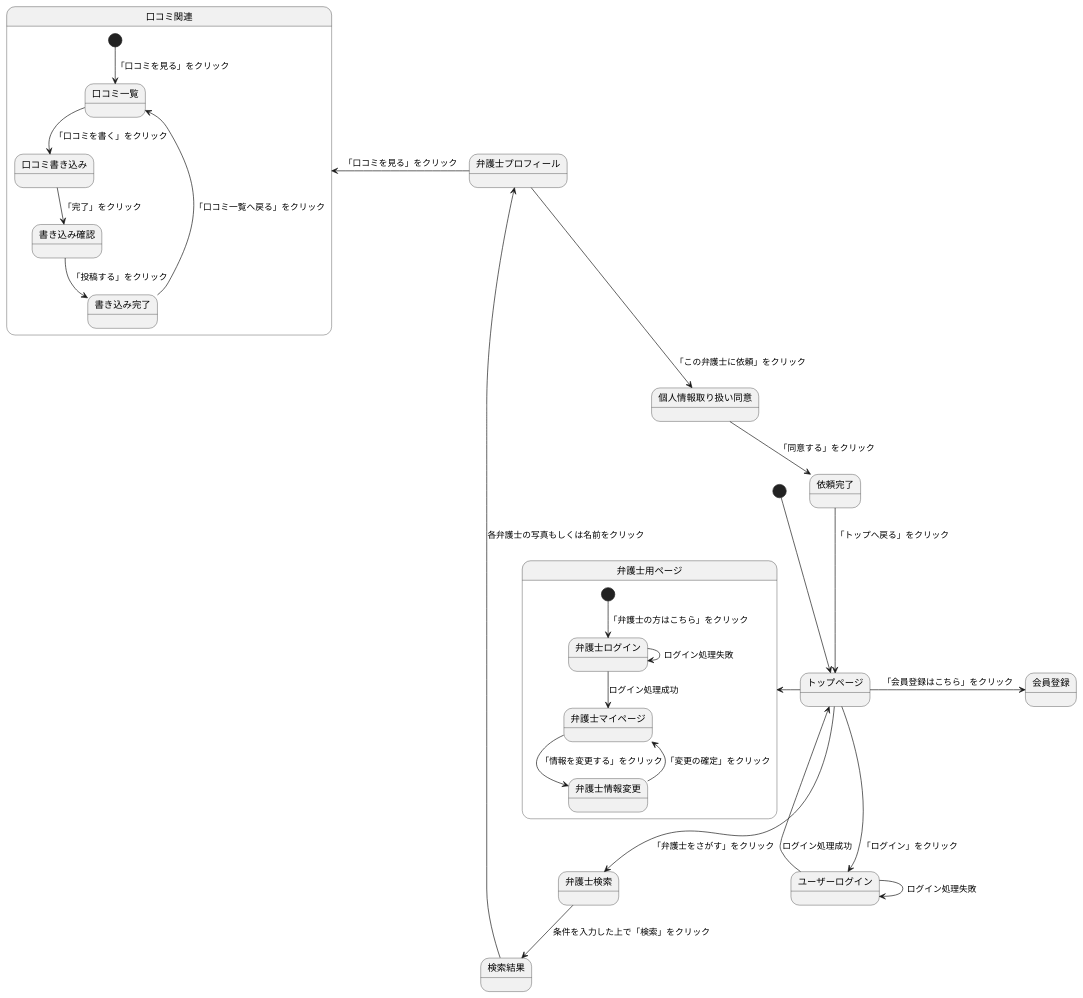
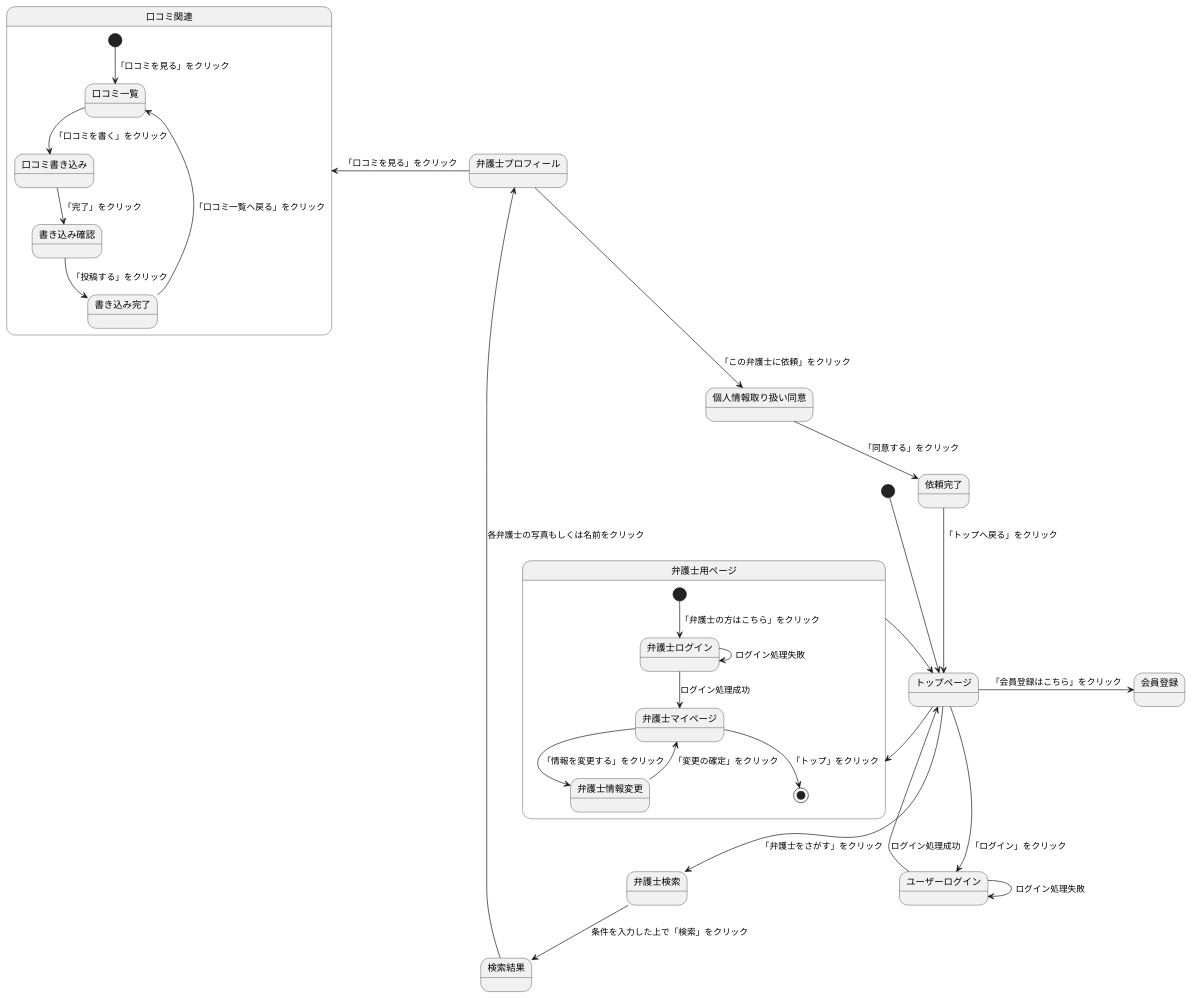
Before and after one commit to Aso2001374/2021sys-design: the diagram in 0524kadai.md, drawn with PlantUML.

````diff
--- a/0524kadai.md
+++ b/0524kadai.md
@@ -1,36 +1,37 @@
 ```uml
 @startuml
 [*] --> トップページ
 トップページ -> 会員登録:「会員登録はこちら」をクリック
 トップページ --> ユーザーログイン:「ログイン」をクリック
 ユーザーログイン--> トップページ: ログイン処理成功
 ユーザーログイン--> ユーザーログイン: ログイン処理失敗
 
 トップページ -left-> 弁護士用ページ
 state 弁護士用ページ{
 [*] --> 弁護士ログイン:「弁護士の方はこちら」をクリック
 弁護士ログイン--> 弁護士ログイン: ログイン処理失敗
 弁護士ログイン--> 弁護士マイページ: ログイン処理成功
 弁護士マイページ--> 弁護士情報変更: 「情報を変更する」をクリック
 弁護士情報変更--> 弁護士マイページ: 「変更の確定」をクリック
+弁護士マイページ--> [*]: 「トップ」をクリック
 }
-
+弁護士用ページ -right-> トップページ
 
 トップページ --> 弁護士検索:「弁護士をさがす」をクリック
 弁護士検索 --> 検索結果: 条件を入力した上で「検索」をクリック
 検索結果 -down-> 弁護士プロフィール: 各弁護士の写真もしくは名前をクリック
 弁護士プロフィール -left-> 口コミ関連:「口コミを見る」をクリック
 弁護士プロフィール --> 個人情報取り扱い同意:「この弁護士に依頼」をクリック
 個人情報取り扱い同意-->依頼完了:「同意する」をクリック
 依頼完了-->トップページ:「トップへ戻る」をクリック
 
 state 口コミ関連{
 [*] --> 口コミ一覧 : 「口コミを見る」をクリック
 口コミ一覧 --> 口コミ書き込み:「口コミを書く」をクリック
 口コミ書き込み --> 書き込み確認:「完了」をクリック
 書き込み確認 --> 書き込み完了:「投稿する」をクリック
 書き込み完了 --> 口コミ一覧:「口コミ一覧へ戻る」をクリック
 }
 
 @enduml
 ```
````
